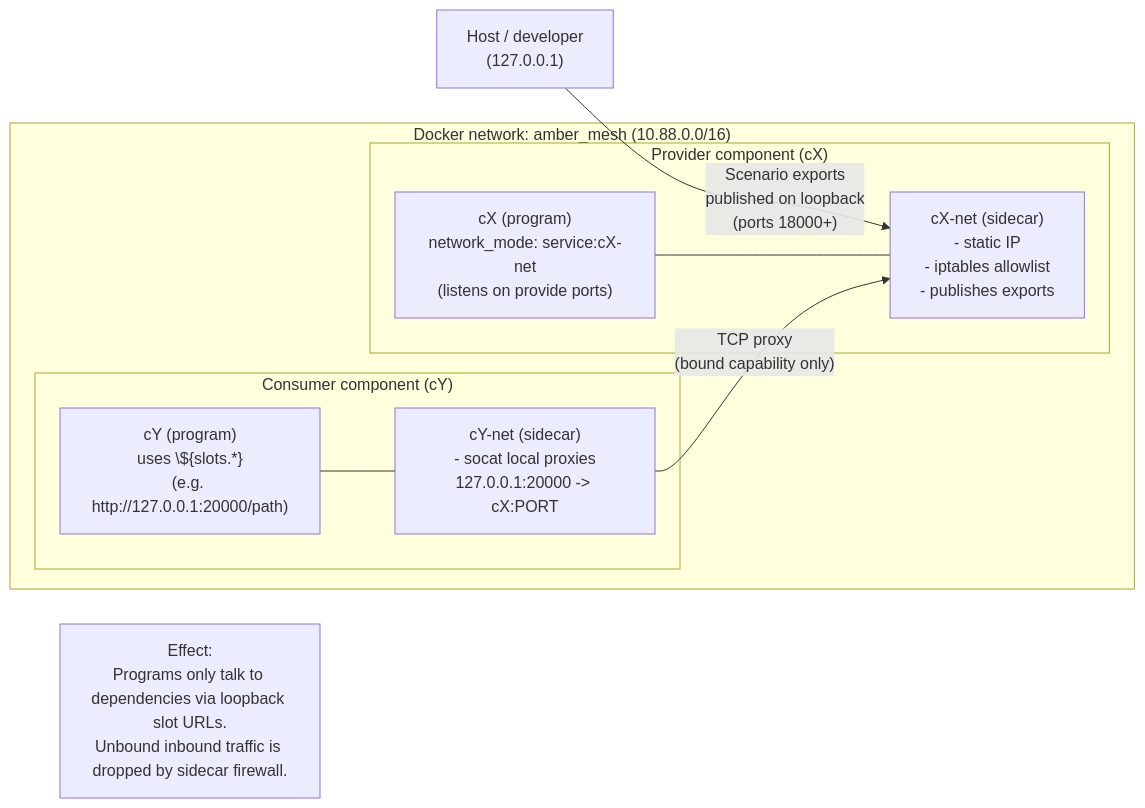
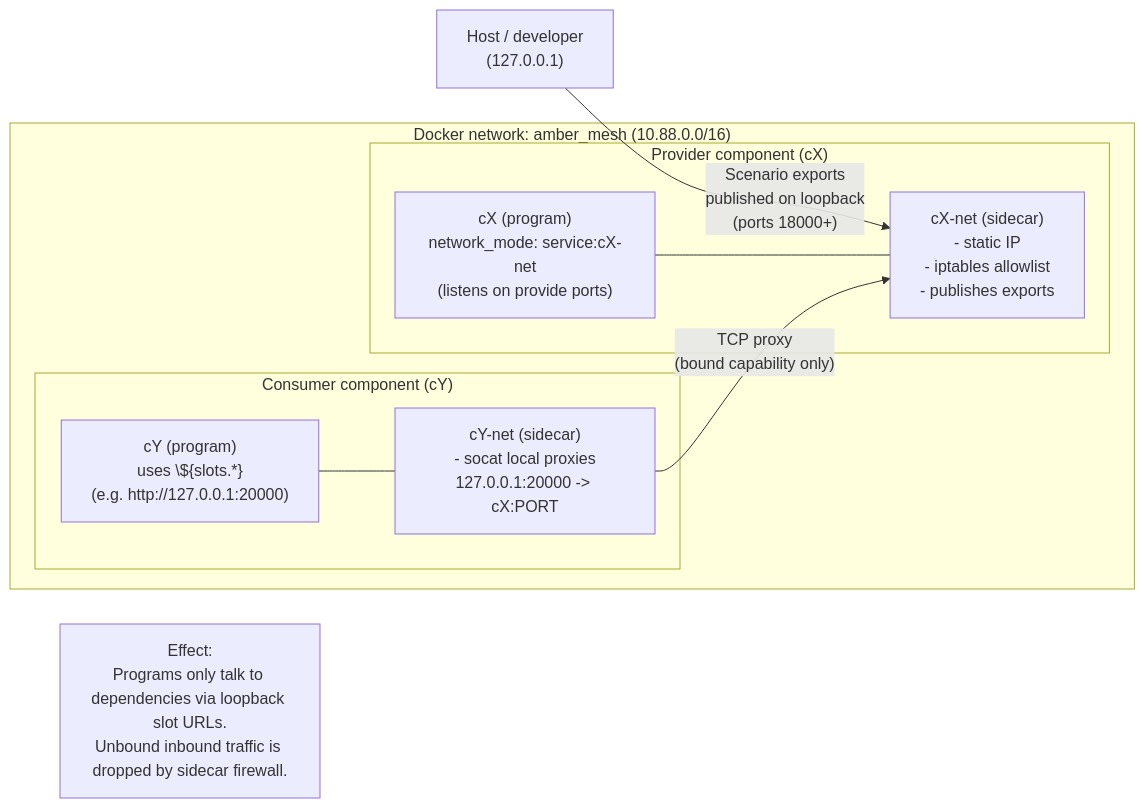
Before and after one commit to RDI-Foundation/amber: the fourth of 4 diagrams in README.md, drawn with Mermaid. The commit also changed other lines of this file and 35 other files, not shown here.

````diff
--- a/README.md
+++ b/README.md
@@ -99,22 +99,22 @@
 ```mermaid
 flowchart LR
   Host["Host / developer<br/>(127.0.0.1)"] -->|"Scenario exports<br/>published on loopback<br/>(ports 18000+)"| SidecarP
 
   subgraph Mesh["Docker network: amber_mesh (10.88.0.0/16)"]
     subgraph Provider["Provider component (cX)"]
       SidecarP["cX-net (sidecar)<br/>- static IP<br/>- iptables allowlist<br/>- publishes exports"]
       ProgP["cX (program)<br/>network_mode: service:cX-net<br/>(listens on provide ports)"]
       ProgP --- SidecarP
     end
 
     subgraph Consumer["Consumer component (cY)"]
       SidecarC["cY-net (sidecar)<br/>- socat local proxies<br/>127.0.0.1:20000 -> cX:PORT"]
-      ProgC["cY (program)<br/>uses \${slots.*}<br/>(e.g. http://127.0.0.1:20000/path)"]
+      ProgC["cY (program)<br/>uses \${slots.*}<br/>(e.g. http://127.0.0.1:20000)"]
       ProgC --- SidecarC
     end
 
     SidecarC -->|"TCP proxy<br/>(bound capability only)"| SidecarP
   end
 
   Note["Effect:<br/>Programs only talk to dependencies via loopback slot URLs.<br/>Unbound inbound traffic is dropped by sidecar firewall."]
 ```
````
